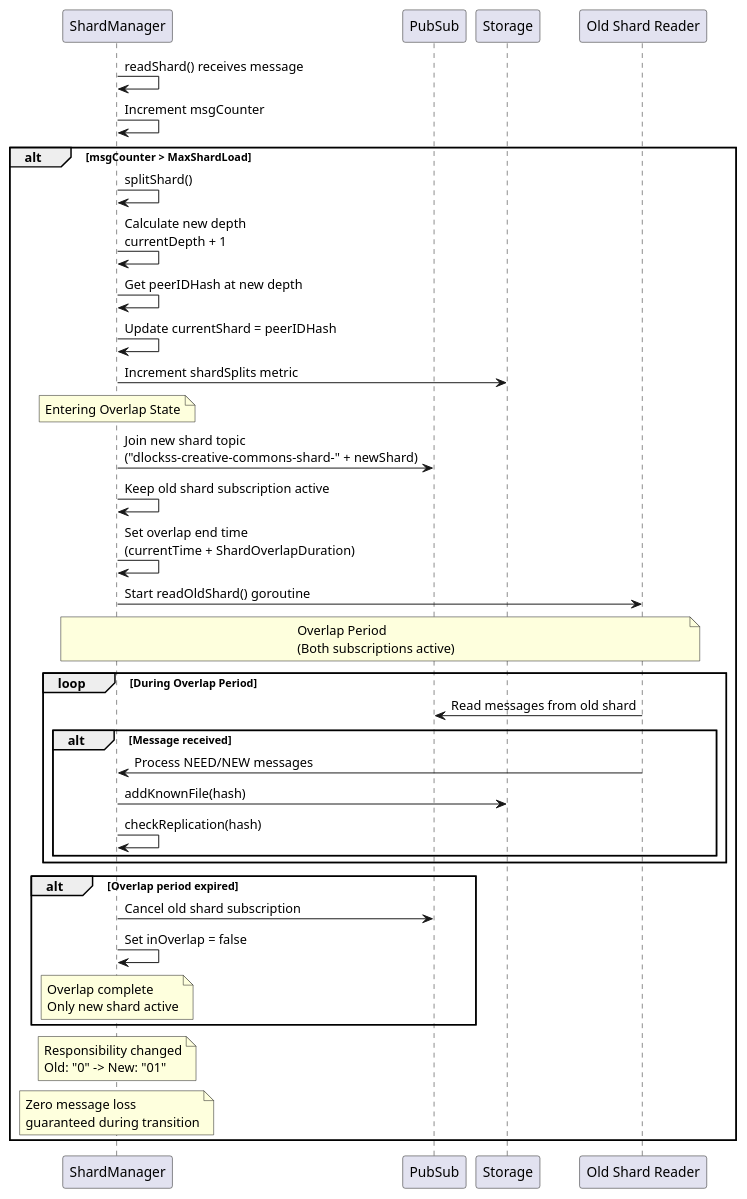
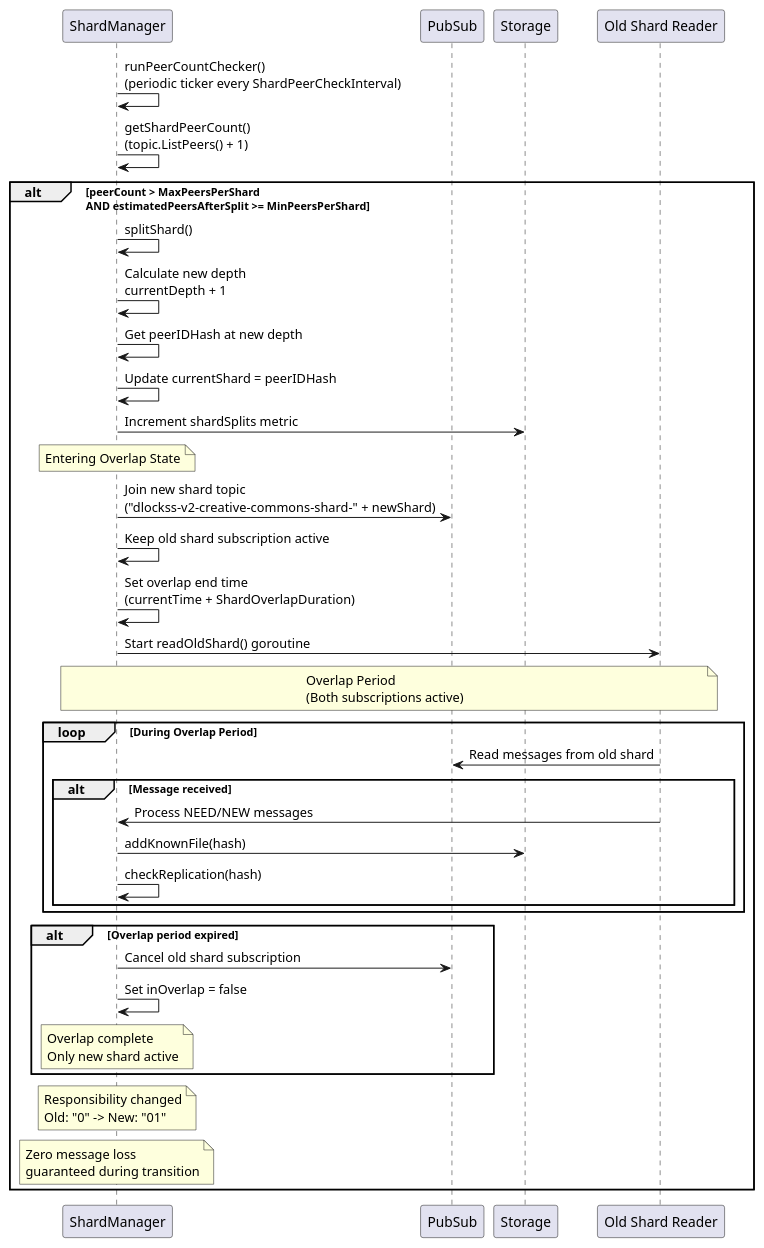
One commit to gipplab/D-LOCKSS changed the diagram in docs/shard_split_sequence.puml. Above: the diagram before and after it, drawn with PlantUML. The commit also changed 36 other files, not shown here.

```diff
--- a/docs/shard_split_sequence.puml
+++ b/docs/shard_split_sequence.puml
@@ -1,46 +1,46 @@
 @startuml Shard Split Sequence
 
 participant "ShardManager" as ShardMgr
 participant "PubSub" as PubSub
 participant "Storage" as Storage
 participant "Old Shard Reader" as OldReader
 
-ShardMgr -> ShardMgr: readShard() receives message
-ShardMgr -> ShardMgr: Increment msgCounter
+ShardMgr -> ShardMgr: runPeerCountChecker()\n(periodic ticker every ShardPeerCheckInterval)
+ShardMgr -> ShardMgr: getShardPeerCount()\n(topic.ListPeers() + 1)
 
-alt msgCounter > MaxShardLoad
+alt peerCount > MaxPeersPerShard\nAND estimatedPeersAfterSplit >= MinPeersPerShard
     ShardMgr -> ShardMgr: splitShard()
     ShardMgr -> ShardMgr: Calculate new depth\ncurrentDepth + 1
     ShardMgr -> ShardMgr: Get peerIDHash at new depth
     ShardMgr -> ShardMgr: Update currentShard = peerIDHash
     ShardMgr -> Storage: Increment shardSplits metric
     
     Note over ShardMgr: Entering Overlap State
     
-    ShardMgr -> PubSub: Join new shard topic\n("dlockss-creative-commons-shard-" + newShard)
+    ShardMgr -> PubSub: Join new shard topic\n("dlockss-v2-creative-commons-shard-" + newShard)
     ShardMgr -> ShardMgr: Keep old shard subscription active
     ShardMgr -> ShardMgr: Set overlap end time\n(currentTime + ShardOverlapDuration)
     ShardMgr -> OldReader: Start readOldShard() goroutine
     
     Note over ShardMgr,OldReader: Overlap Period\n(Both subscriptions active)
     
     loop During Overlap Period
         OldReader -> PubSub: Read messages from old shard
         alt Message received
             OldReader -> ShardMgr: Process NEED/NEW messages
             ShardMgr -> Storage: addKnownFile(hash)
             ShardMgr -> ShardMgr: checkReplication(hash)
         end
     end
     
     alt Overlap period expired
         ShardMgr -> PubSub: Cancel old shard subscription
         ShardMgr -> ShardMgr: Set inOverlap = false
         Note over ShardMgr: Overlap complete\nOnly new shard active
     end
     
     Note over ShardMgr: Responsibility changed\nOld: "0" -> New: "01"
     Note over ShardMgr: Zero message loss\nguaranteed during transition
 end
 
 @enduml
```
